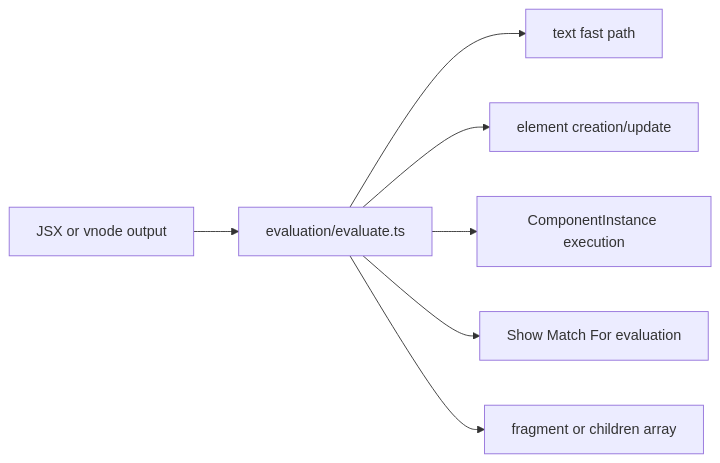
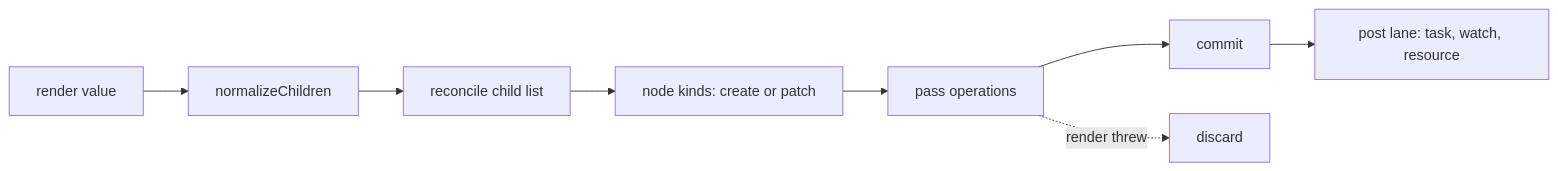
One commit to askrjs/askr changed the diagram in docs/internals/renderer-pipeline.md. Above: the diagram before and after it, drawn with Mermaid. The commit also changed other lines of this file and 638 other files, not shown here.

````diff
--- a/docs/internals/renderer-pipeline.md
+++ b/docs/internals/renderer-pipeline.md
@@ -37,17 +34,15 @@
 ```mermaid
 flowchart LR
-  vnode[JSX or vnode output]
-  evaluate[evaluation/evaluate.ts]
-  text[text fast path]
-  element[element creation/update]
-  component[ComponentInstance execution]
-  controls[Show Match For evaluation]
-  fragment[fragment or children array]
+  value[render value]
+  normalize[normalizeChildren]
+  reconcile[reconcile child list]
+  kinds[node kinds: create or patch]
+  ops[pass operations]
+  commit[commit]
+  discard[discard]
+  post[post lane: task, watch, resource]
 
-  vnode --> evaluate
-  evaluate --> text
-  evaluate --> element
-  evaluate --> component
-  evaluate --> controls
-  evaluate --> fragment
+  value --> normalize --> reconcile --> kinds --> ops
+  ops --> commit --> post
+  ops -. render threw .-> discard
 ```
````
